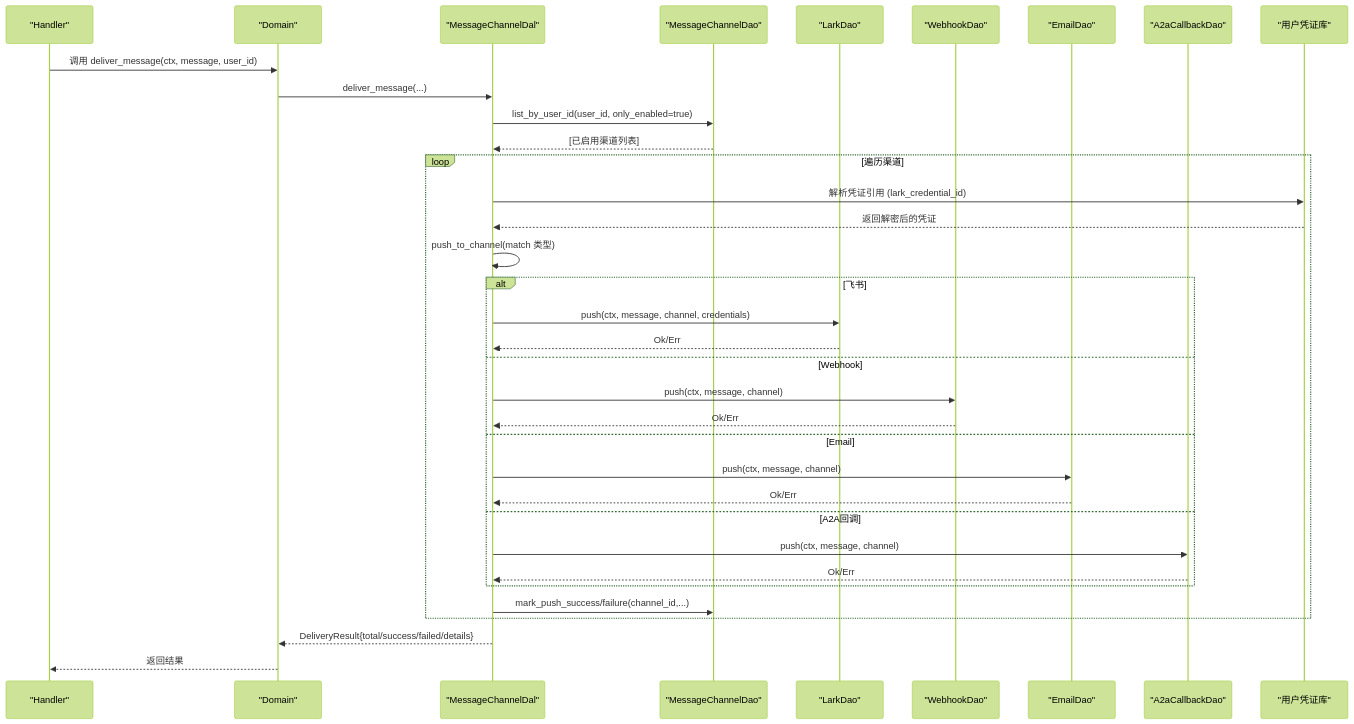
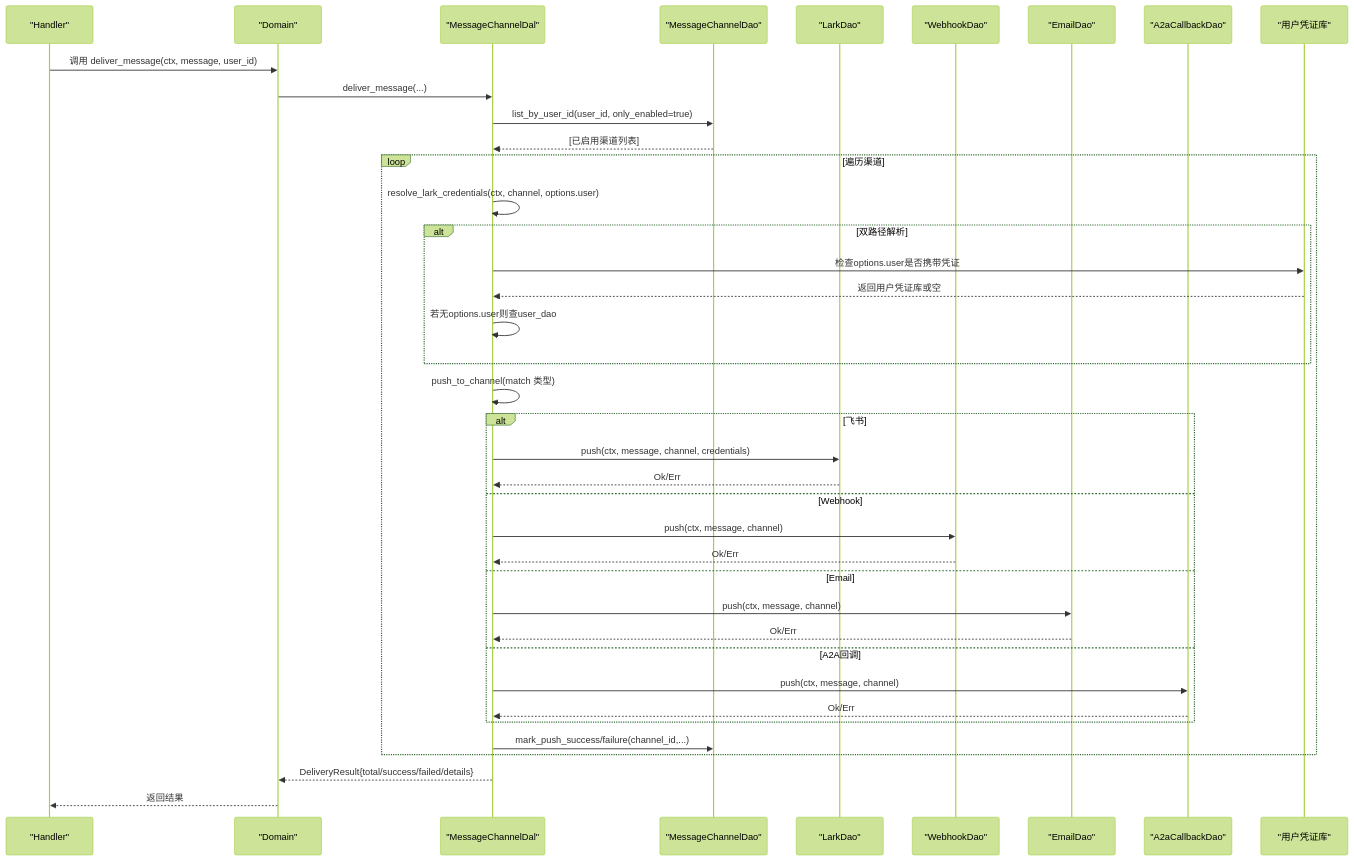
The second of 6 diagrams in .qoder/repowiki/zh/content/功能模块/消息系统/消息渠道管理.md (runningcoders/ai_orz), drawn with Mermaid (forest theme) before and after one commit. The commit also changed other lines of this file and 5 other files, not shown here.

````diff
--- a/.qoder/repowiki/zh/content/功能模块/消息系统/消息渠道管理.md
+++ b/.qoder/repowiki/zh/content/功能模块/消息系统/消息渠道管理.md
@@ -109,37 +109,41 @@
 ```mermaid
 sequenceDiagram
 participant H as "Handler"
 participant D as "Domain"
 participant DAL as "MessageChannelDal"
 participant MC as "MessageChannelDao"
 participant L as "LarkDao"
 participant W as "WebhookDao"
 participant E as "EmailDao"
 participant A as "A2aCallbackDao"
 participant U as "用户凭证库"
 H->>D : 调用 deliver_message(ctx, message, user_id)
 D->>DAL : deliver_message(...)
 DAL->>MC : list_by_user_id(user_id, only_enabled=true)
 MC-->>DAL : [已启用渠道列表]
 loop 遍历渠道
-DAL->>U : 解析凭证引用 (lark_credential_id)
-U-->>DAL : 返回解密后的凭证
+DAL->>DAL : resolve_lark_credentials(ctx, channel, options.user)
+alt 双路径解析
+DAL->>U : 检查options.user是否携带凭证
+U-->>DAL : 返回用户凭证库或空
+DAL->>DAL : 若无options.user则查user_dao
+end
 DAL->>DAL : push_to_channel(match 类型)
 alt 飞书
 DAL->>L : push(ctx, message, channel, credentials)
 L-->>DAL : Ok/Err
 else Webhook
 DAL->>W : push(ctx, message, channel)
 W-->>DAL : Ok/Err
 else Email
 DAL->>E : push(ctx, message, channel)
 E-->>DAL : Ok/Err
 else A2A回调
 DAL->>A : push(ctx, message, channel)
 A-->>DAL : Ok/Err
 end
 DAL->>MC : mark_push_success/failure(channel_id,...)
 end
 DAL-->>D : DeliveryResult{total/success/failed/details}
 D-->>H : 返回结果
 ```
````
